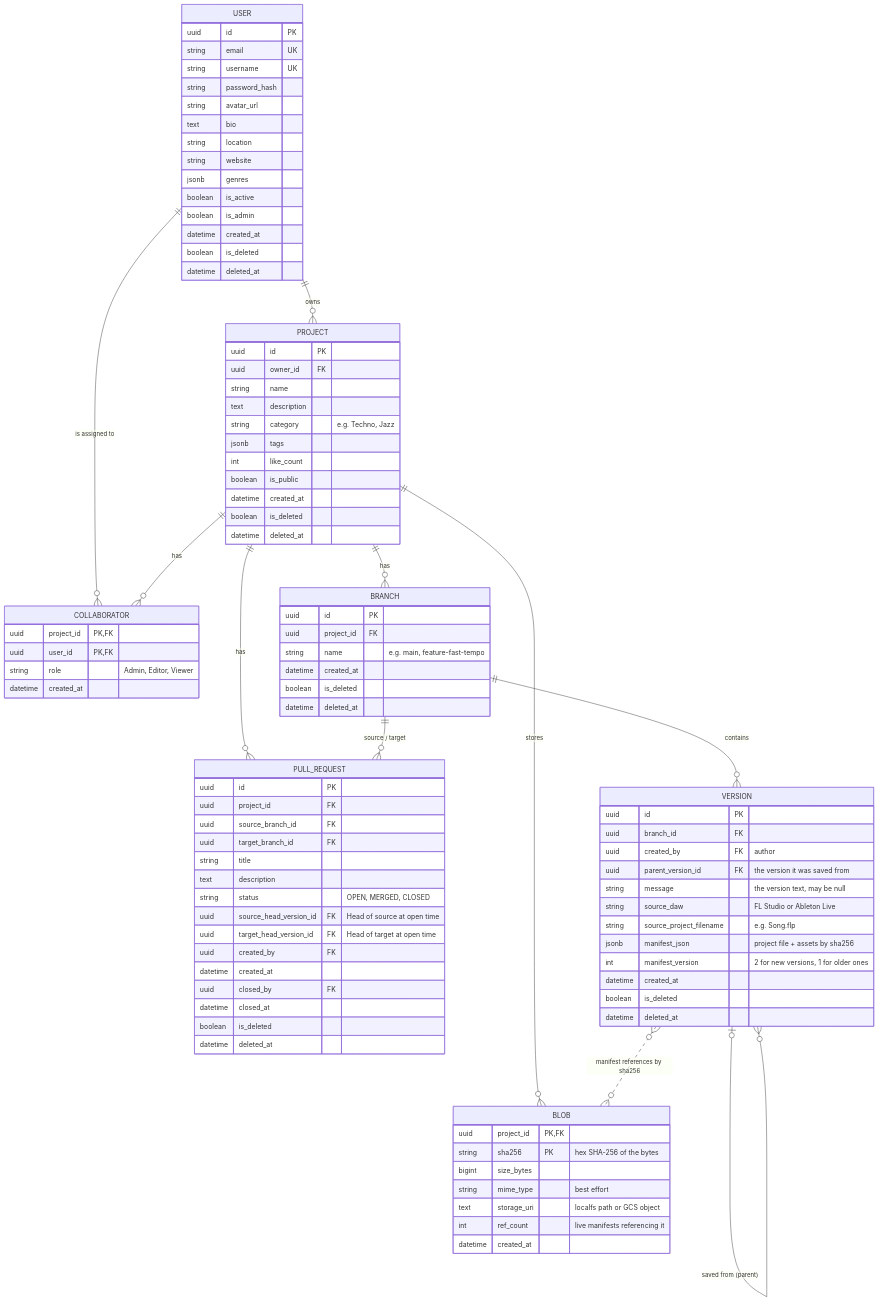
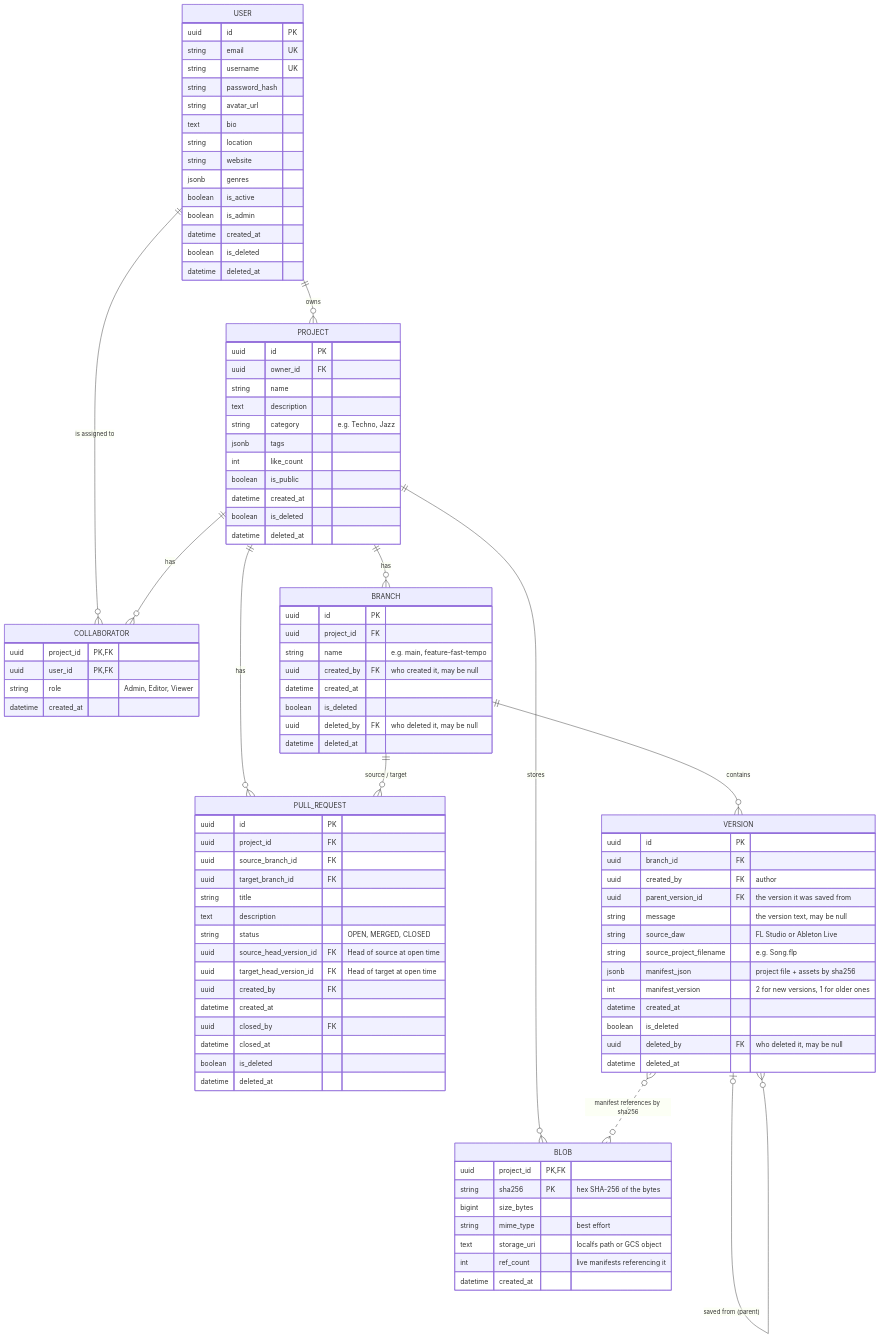
One commit to stemhub-org/Stemhub changed the diagram in docs/DATA_API_MODELING.md. Above: the diagram before and after it, drawn with Mermaid. The commit also changed other lines of this file, not shown here.

```diff
--- a/docs/DATA_API_MODELING.md
+++ b/docs/DATA_API_MODELING.md
@@ -63,8 +63,10 @@
         uuid id PK
         uuid project_id FK
         string name "e.g. main, feature-fast-tempo"
+        uuid created_by FK "who created it, may be null"
         datetime created_at
         boolean is_deleted
+        uuid deleted_by FK "who deleted it, may be null"
         datetime deleted_at
     }
 
@@ -80,6 +82,7 @@
         int manifest_version "2 for new versions, 1 for older ones"
         datetime created_at
         boolean is_deleted
+        uuid deleted_by FK "who deleted it, may be null"
         datetime deleted_at
     }
 
```
